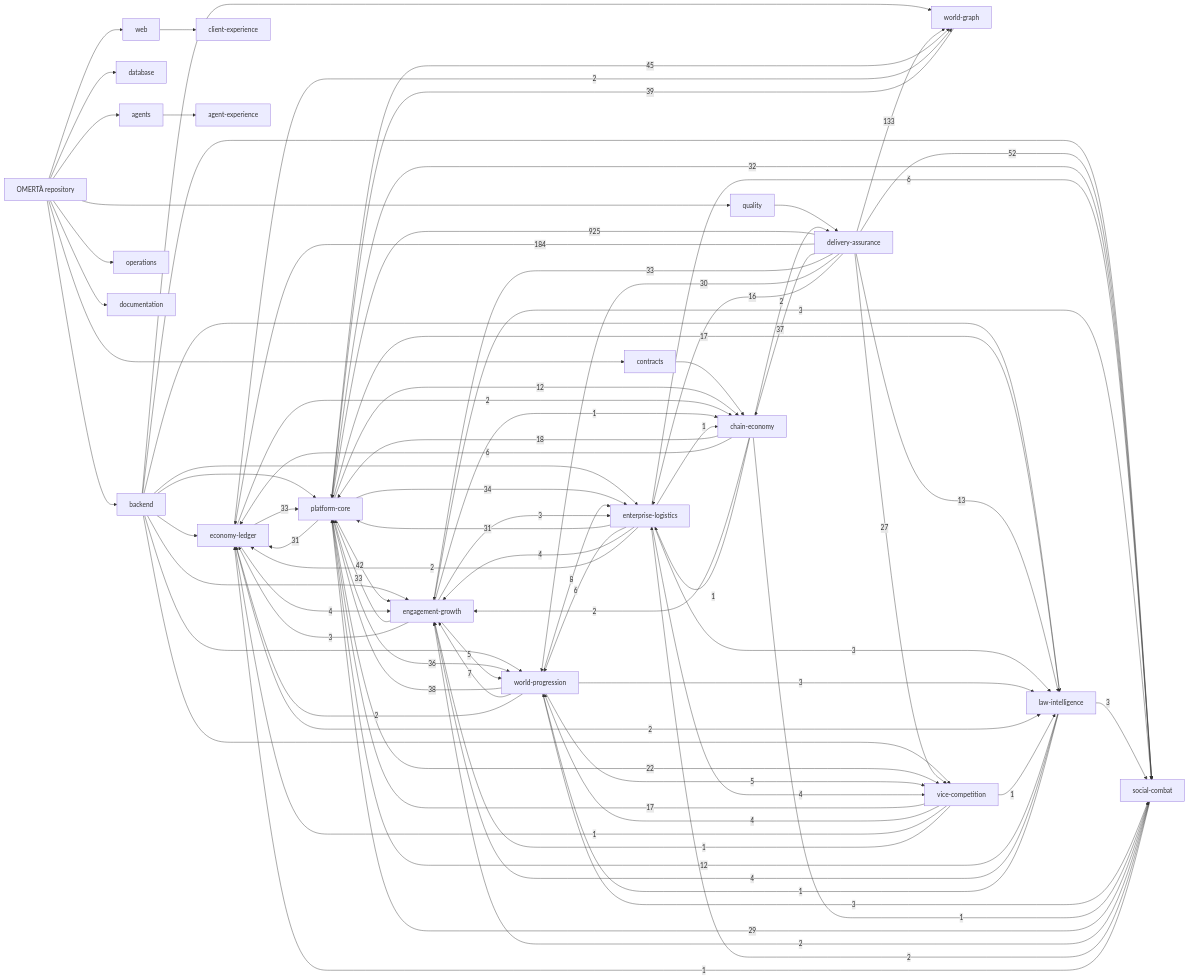
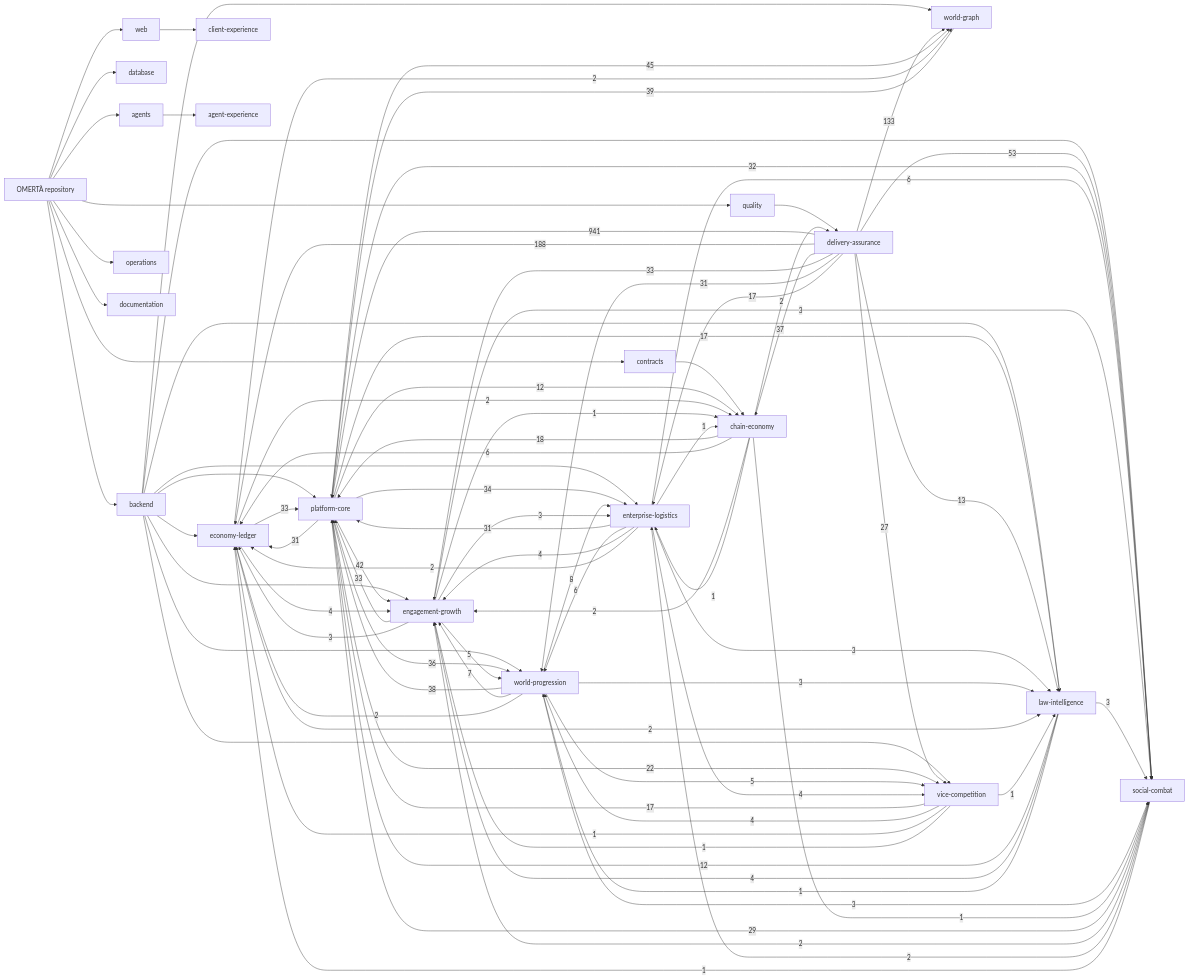
Before and after one commit to OmertaDev/Omerta: the diagram in knowledge/generated/graph.mmd, drawn with Mermaid. The commit also changed 18 other files, not shown here.

```diff
--- a/knowledge/generated/graph.mmd
+++ b/knowledge/generated/graph.mmd
@@ -1,109 +1,109 @@
 flowchart LR
   repo["OMERTÀ repository"]
   sub_backend["backend"]
   repo --> sub_backend
   sub_database["database"]
   repo --> sub_database
   sub_web["web"]
   repo --> sub_web
   sub_contracts["contracts"]
   repo --> sub_contracts
   sub_agents["agents"]
   repo --> sub_agents
   sub_quality["quality"]
   repo --> sub_quality
   sub_operations["operations"]
   repo --> sub_operations
   sub_documentation["documentation"]
   repo --> sub_documentation
   dom_platform-core["platform-core"]
   dom_economy-ledger["economy-ledger"]
   dom_social-combat["social-combat"]
   dom_world-progression["world-progression"]
   dom_world-graph["world-graph"]
   dom_enterprise-logistics["enterprise-logistics"]
   dom_vice-competition["vice-competition"]
   dom_law-intelligence["law-intelligence"]
   dom_chain-economy["chain-economy"]
   dom_engagement-growth["engagement-growth"]
   dom_client-experience["client-experience"]
   dom_agent-experience["agent-experience"]
   dom_delivery-assurance["delivery-assurance"]
   sub_agents --> dom_agent-experience
   sub_backend --> dom_economy-ledger
   sub_backend --> dom_engagement-growth
   sub_backend --> dom_enterprise-logistics
   sub_backend --> dom_law-intelligence
   sub_backend --> dom_platform-core
   sub_backend --> dom_social-combat
   sub_backend --> dom_vice-competition
   sub_backend --> dom_world-graph
   sub_backend --> dom_world-progression
   sub_contracts --> dom_chain-economy
   sub_quality --> dom_delivery-assurance
   sub_web --> dom_client-experience
-  dom_delivery-assurance -->|925| dom_platform-core
-  dom_delivery-assurance -->|184| dom_economy-ledger
+  dom_delivery-assurance -->|941| dom_platform-core
+  dom_delivery-assurance -->|188| dom_economy-ledger
   dom_delivery-assurance -->|133| dom_world-graph
-  dom_delivery-assurance -->|52| dom_social-combat
+  dom_delivery-assurance -->|53| dom_social-combat
   dom_platform-core -->|45| dom_world-graph
   dom_platform-core -->|42| dom_engagement-growth
   dom_world-graph -->|39| dom_platform-core
   dom_world-progression -->|38| dom_platform-core
   dom_delivery-assurance -->|37| dom_chain-economy
   dom_platform-core -->|36| dom_world-progression
   dom_platform-core -->|34| dom_enterprise-logistics
   dom_delivery-assurance -->|33| dom_engagement-growth
   dom_economy-ledger -->|33| dom_platform-core
   dom_engagement-growth -->|33| dom_platform-core
   dom_platform-core -->|32| dom_social-combat
+  dom_delivery-assurance -->|31| dom_world-progression
   dom_enterprise-logistics -->|31| dom_platform-core
   dom_platform-core -->|31| dom_economy-ledger
-  dom_delivery-assurance -->|30| dom_world-progression
   dom_social-combat -->|29| dom_platform-core
   dom_delivery-assurance -->|27| dom_vice-competition
   dom_platform-core -->|22| dom_vice-competition
   dom_chain-economy -->|18| dom_platform-core
+  dom_delivery-assurance -->|17| dom_enterprise-logistics
   dom_platform-core -->|17| dom_law-intelligence
   dom_vice-competition -->|17| dom_platform-core
-  dom_delivery-assurance -->|16| dom_enterprise-logistics
   dom_delivery-assurance -->|13| dom_law-intelligence
   dom_law-intelligence -->|12| dom_platform-core
   dom_platform-core -->|12| dom_chain-economy
   dom_world-progression -->|8| dom_enterprise-logistics
   dom_world-progression -->|7| dom_engagement-growth
   dom_chain-economy -->|6| dom_economy-ledger
   dom_enterprise-logistics -->|6| dom_social-combat
   dom_enterprise-logistics -->|6| dom_world-progression
   dom_engagement-growth -->|5| dom_world-progression
   dom_world-progression -->|5| dom_vice-competition
   dom_economy-ledger -->|4| dom_engagement-growth
   dom_enterprise-logistics -->|4| dom_engagement-growth
   dom_enterprise-logistics -->|4| dom_vice-competition
   dom_law-intelligence -->|4| dom_engagement-growth
   dom_vice-competition -->|4| dom_world-progression
   dom_engagement-growth -->|3| dom_economy-ledger
   dom_engagement-growth -->|3| dom_enterprise-logistics
   dom_engagement-growth -->|3| dom_social-combat
   dom_enterprise-logistics -->|3| dom_law-intelligence
   dom_law-intelligence -->|3| dom_social-combat
   dom_world-progression -->|3| dom_law-intelligence
   dom_world-progression -->|3| dom_social-combat
   dom_chain-economy -->|2| dom_delivery-assurance
   dom_chain-economy -->|2| dom_engagement-growth
   dom_economy-ledger -->|2| dom_chain-economy
   dom_economy-ledger -->|2| dom_law-intelligence
   dom_economy-ledger -->|2| dom_world-graph
   dom_enterprise-logistics -->|2| dom_economy-ledger
   dom_social-combat -->|2| dom_engagement-growth
   dom_social-combat -->|2| dom_enterprise-logistics
   dom_world-progression -->|2| dom_economy-ledger
   dom_chain-economy -->|1| dom_enterprise-logistics
   dom_chain-economy -->|1| dom_social-combat
   dom_engagement-growth -->|1| dom_chain-economy
   dom_enterprise-logistics -->|1| dom_chain-economy
   dom_law-intelligence -->|1| dom_world-progression
   dom_social-combat -->|1| dom_economy-ledger
   dom_vice-competition -->|1| dom_economy-ledger
   dom_vice-competition -->|1| dom_engagement-growth
   dom_vice-competition -->|1| dom_law-intelligence
```
